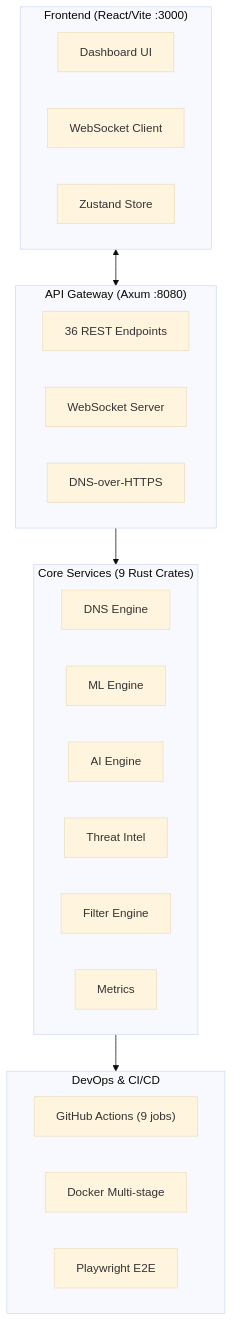
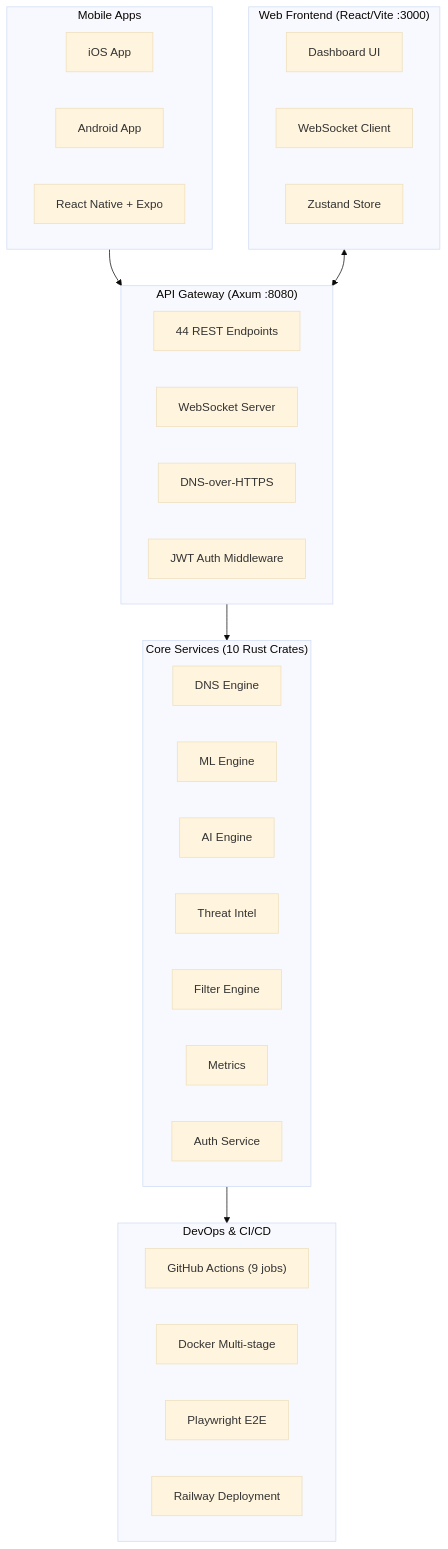
The first of 2 diagrams in CHECKPOINT.md (punitmishra/shield-ai), drawn with Mermaid (base theme) before and after one commit. The commit also changed other lines of this file, not shown here.

First line of the commit message:
docs: Comprehensive checkpoint update with auth testing & roadmaps

````diff
--- a/CHECKPOINT.md
+++ b/CHECKPOINT.md
@@ -10,35 +10,43 @@
 ```mermaid
 flowchart TB
-    subgraph Frontend["Frontend (React/Vite :3000)"]
-        direction LR
+    subgraph Mobile["Mobile Apps"]
+        iOS["iOS App"]
+        Android["Android App"]
+        RN["React Native + Expo"]
+    end
+
+    subgraph Frontend["Web Frontend (React/Vite :3000)"]
         UI["Dashboard UI"]
         WS["WebSocket Client"]
         Store["Zustand Store"]
     end
 
     subgraph API["API Gateway (Axum :8080)"]
-        direction LR
-        REST["36 REST Endpoints"]
+        REST["44 REST Endpoints"]
         WSS["WebSocket Server"]
         DoH["DNS-over-HTTPS"]
+        Auth["JWT Auth Middleware"]
     end
 
-    subgraph Core["Core Services (9 Rust Crates)"]
+    subgraph Core["Core Services (10 Rust Crates)"]
         DNS["DNS Engine"]
         ML["ML Engine"]
         AI["AI Engine"]
         TI["Threat Intel"]
         Filter["Filter Engine"]
         Metrics["Metrics"]
+        AuthSvc["Auth Service"]
     end
 
     subgraph DevOps["DevOps & CI/CD"]
         GHA["GitHub Actions (9 jobs)"]
         Docker["Docker Multi-stage"]
         E2E["Playwright E2E"]
+        Railway["Railway Deployment"]
     end
 
+    Mobile --> API
     Frontend <--> API
     API --> Core
     Core --> DevOps
 ```
````
